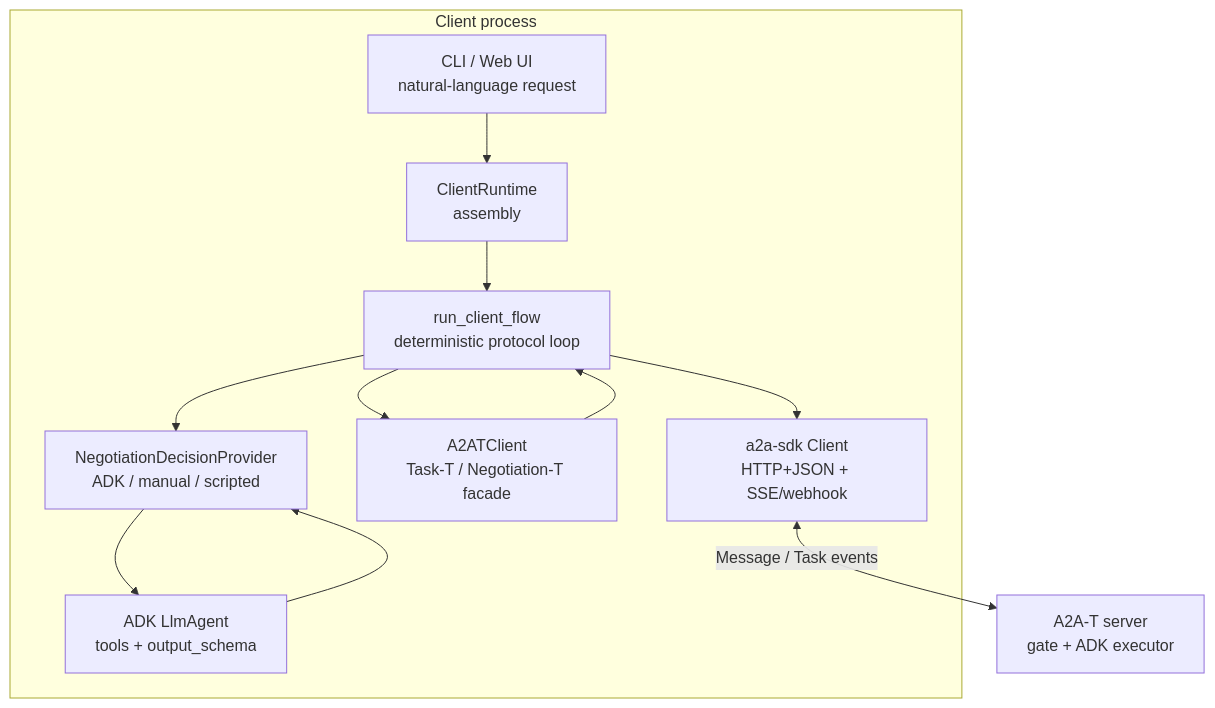
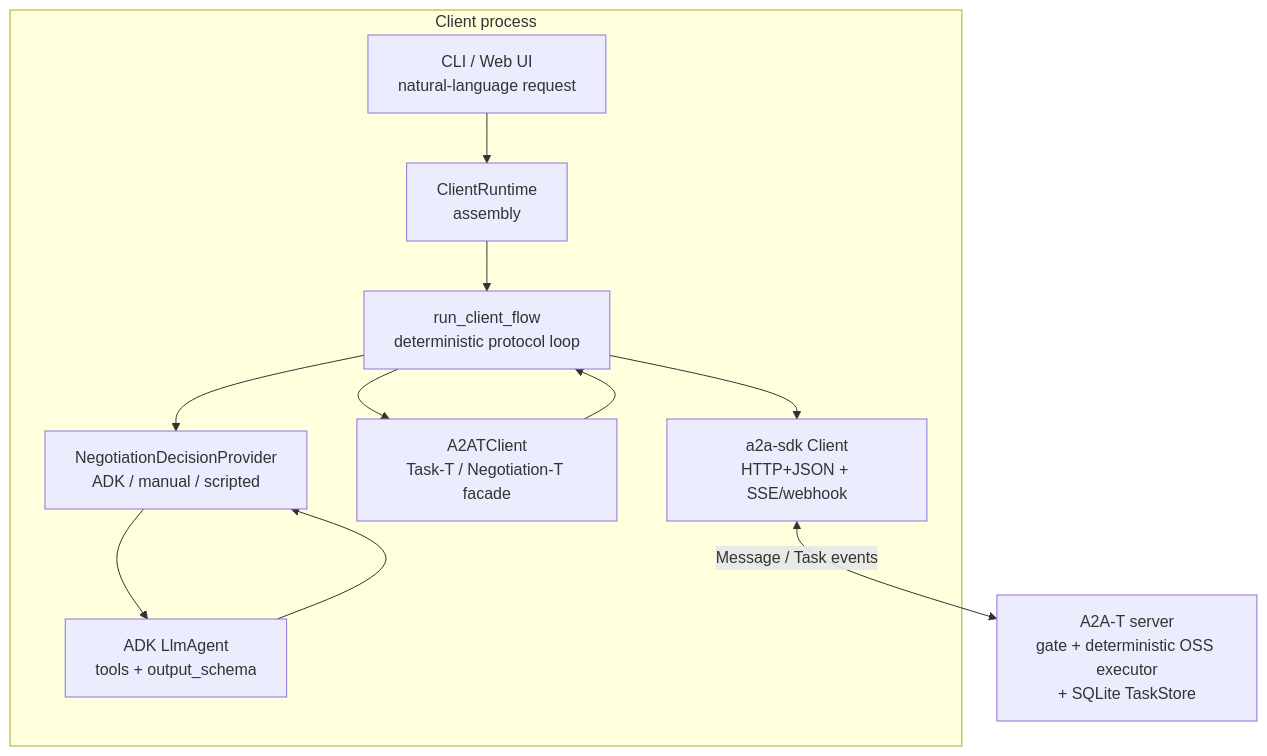
The second of 6 diagrams in a2a-t-sample/ran-energy-saving/README.md (codetalks-hw/a2a-t-sdk-python), drawn with Mermaid before and after one commit. The commit also changed other lines of this file and 32 other files, not shown here.

Commit message:
feat(ran-sample): run the server deterministically and persist oss tasks

````diff
--- a/a2a-t-sample/ran-energy-saving/README.md
+++ b/a2a-t-sample/ran-energy-saving/README.md
@@ -112,20 +116,20 @@
 ```mermaid
 flowchart TB
     subgraph Client["Client process"]
         UI["CLI / Web UI<br/>natural-language request"]
         RT["ClientRuntime<br/>assembly"]
         FLOW["run_client_flow<br/>deterministic protocol loop"]
         PROV["NegotiationDecisionProvider<br/>ADK / manual / scripted"]
         AGENT["ADK LlmAgent<br/>tools + output_schema"]
         FACADE["A2ATClient<br/>Task-T / Negotiation-T facade"]
         A2A["a2a-sdk Client<br/>HTTP+JSON + SSE/webhook"]
         UI --> RT --> FLOW
         FLOW --> PROV --> AGENT
         AGENT --> PROV
         FLOW --> FACADE
         FACADE --> FLOW
         FLOW --> A2A
     end
-    SERVER["A2A-T server<br/>gate + ADK executor"]
+    SERVER["A2A-T server<br/>gate + deterministic OSS executor<br/>+ SQLite TaskStore"]
     A2A <-->|"Message / Task events"| SERVER
 ```
````
